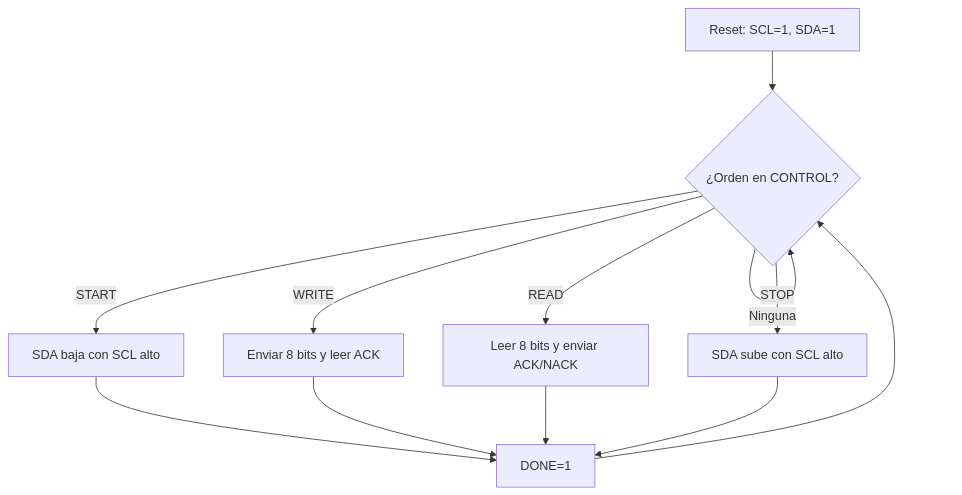
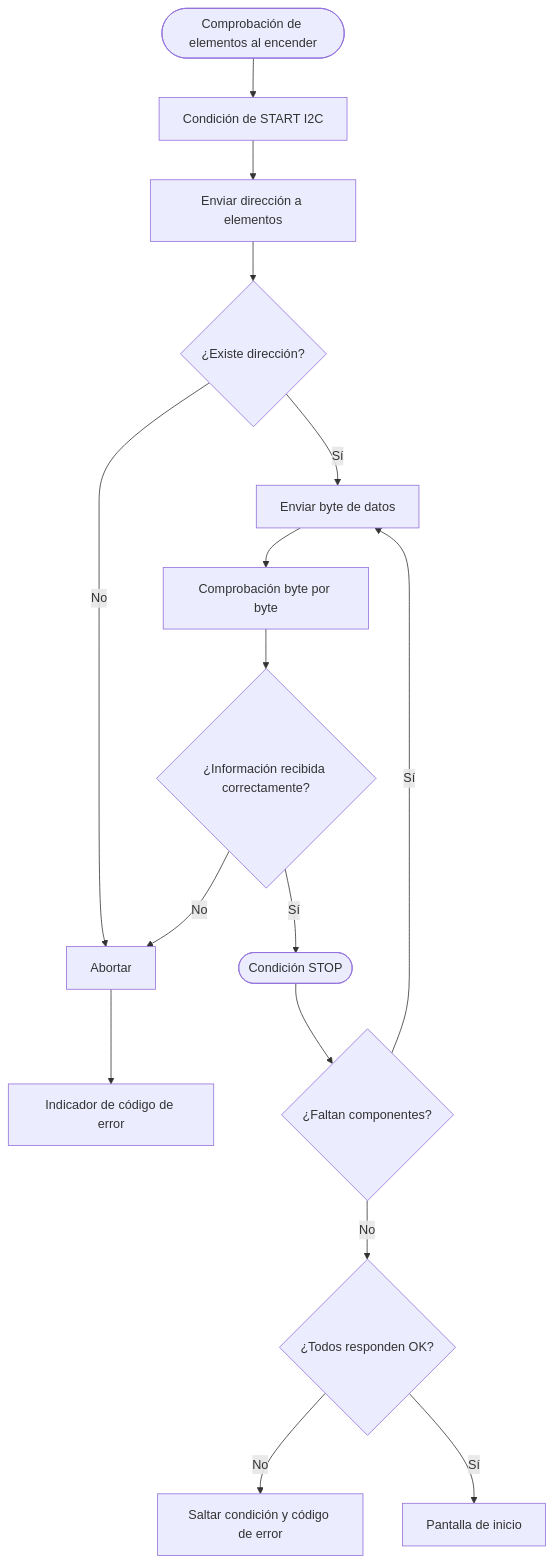
One commit to wwilchesc/Proyecto-Digital-1-v2 changed the second of 2 diagrams in cores/i2c/diagramas/README.md. Above: the diagram before and after it, drawn with Mermaid. The commit also changed other lines of this file and 33 other files, not shown here.

````diff
--- a/cores/i2c/diagramas/README.md
+++ b/cores/i2c/diagramas/README.md
@@ -17,14 +19,17 @@
 ```mermaid
 flowchart TD
-    A[Reset: SCL=1, SDA=1] --> B{¿Orden en CONTROL?}
-    B -- START --> C[SDA baja con SCL alto]
-    B -- WRITE --> D[Enviar 8 bits y leer ACK]
-    B -- READ --> E[Leer 8 bits y enviar ACK/NACK]
-    B -- STOP --> F[SDA sube con SCL alto]
-    B -- Ninguna --> B
-    C --> G[DONE=1]
-    D --> G
-    E --> G
-    F --> G
-    G --> B
+    A([Comprobación de elementos al encender]) --> B[Condición de START I2C]
+    B --> C[Enviar dirección a elementos]
+    C --> D{¿Existe dirección?}
+    D -- No --> E[Abortar] --> F[Indicador de código de error]
+    D -- Sí --> G[Enviar byte de datos]
+    G --> H[Comprobación byte por byte]
+    H --> I{¿Información recibida correctamente?}
+    I -- No --> E
+    I -- Sí --> J([Condición STOP])
+    J --> K{¿Faltan componentes?}
+    K -- Sí --> G
+    K -- No --> L{¿Todos responden OK?}
+    L -- No --> M[Saltar condición y código de error]
+    L -- Sí --> N[Pantalla de inicio]
 ```
````
